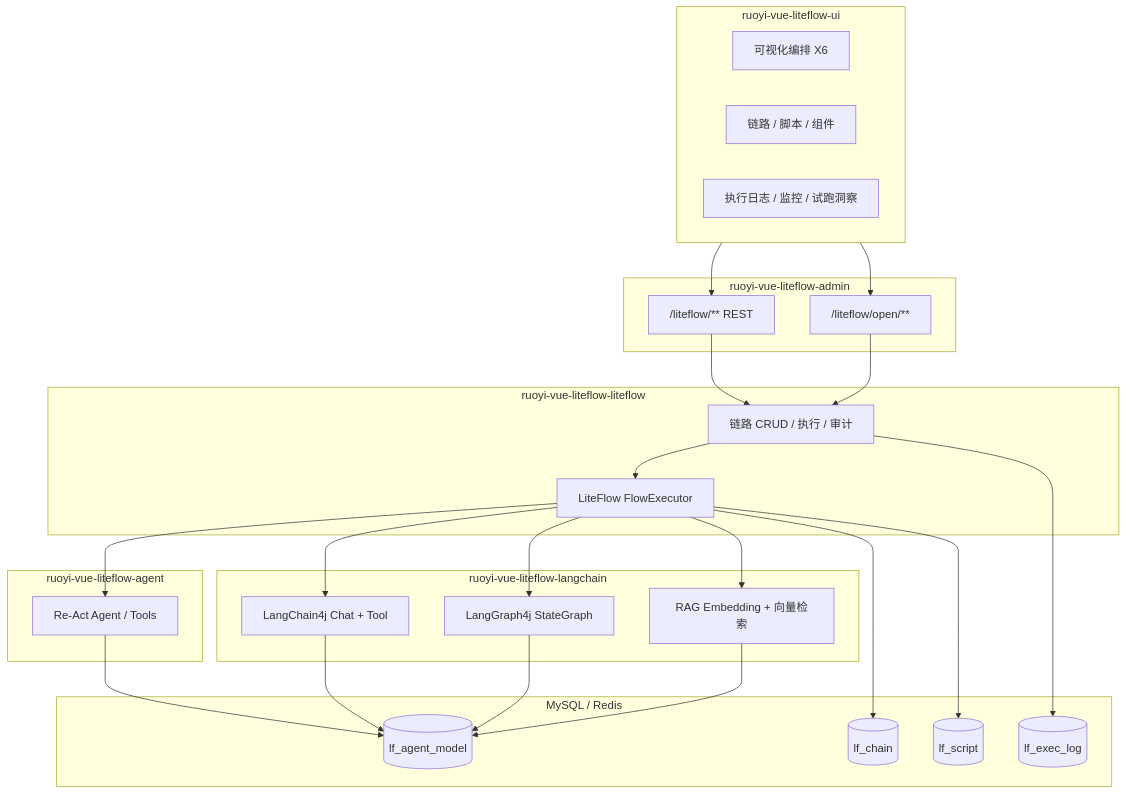
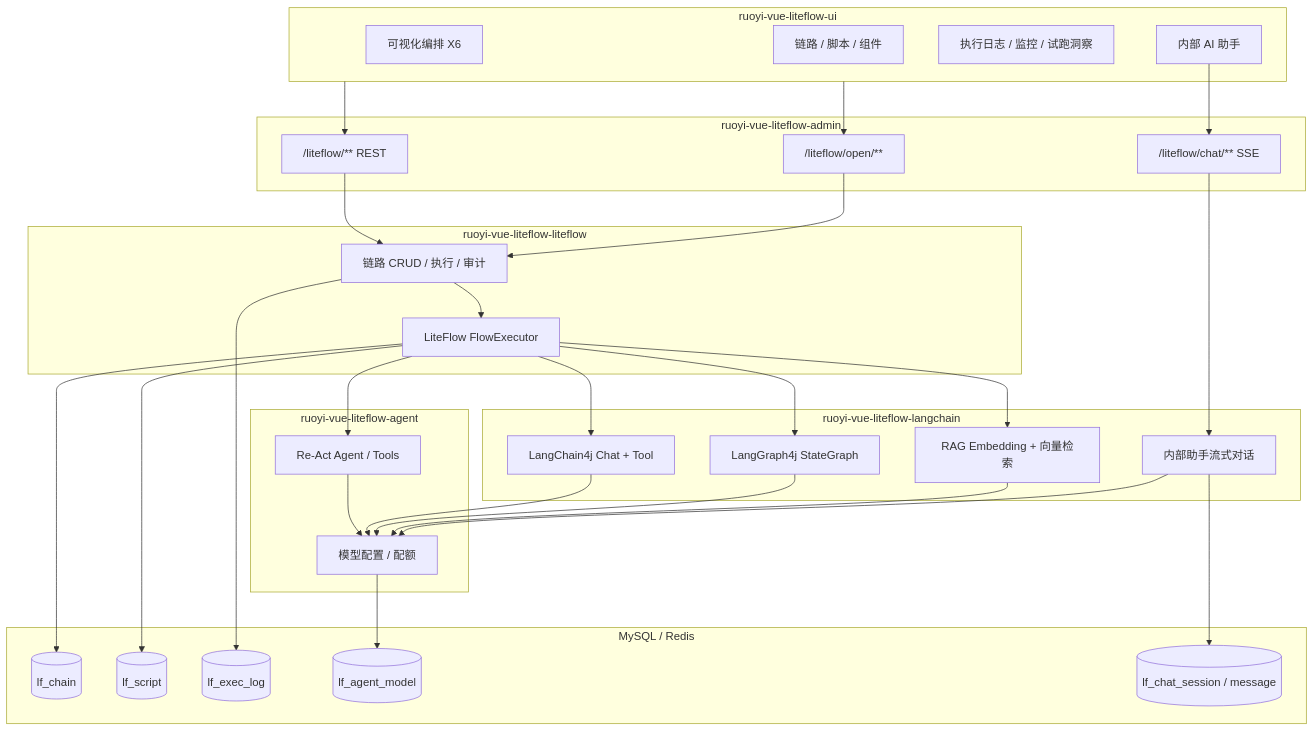
The diagram in README.md (zhbdream/RuoYi-Vue-LiteFlow), drawn with Mermaid before and after one commit. The commit also changed other lines of this file and 26 other files, not shown here.

````diff
--- a/README.md
+++ b/README.md
@@ -105,52 +125,62 @@
 ```mermaid
 flowchart TB
   subgraph UI["ruoyi-vue-liteflow-ui"]
     Editor[可视化编排 X6]
     Chain[链路 / 脚本 / 组件]
     Log[执行日志 / 监控 / 试跑洞察]
+    AiChat[内部 AI 助手]
   end
 
   subgraph Admin["ruoyi-vue-liteflow-admin"]
     API["/liteflow/** REST"]
     OpenAPI["/liteflow/open/**"]
+    ChatAPI["/liteflow/chat/** SSE"]
   end
 
   subgraph Core["ruoyi-vue-liteflow-liteflow"]
     Svc[链路 CRUD / 执行 / 审计]
     LF[LiteFlow FlowExecutor]
   end
 
   subgraph Agent["ruoyi-vue-liteflow-agent"]
     ReAct[Re-Act Agent / Tools]
+    ModelCfg[模型配置 / 配额]
   end
 
   subgraph Lc["ruoyi-vue-liteflow-langchain"]
     Chat[LangChain4j Chat + Tool]
     Graph[LangGraph4j StateGraph]
     Rag[RAG Embedding + 向量检索]
+    Assist[内部助手流式对话]
   end
 
   subgraph Store["MySQL / Redis"]
     ChainTbl[(lf_chain)]
     ScriptTbl[(lf_script)]
     LogTbl[(lf_exec_log)]
     ModelTbl[(lf_agent_model)]
+    ChatTbl[(lf_chat_session / message)]
   end
 
   UI --> API
   UI --> OpenAPI
+  AiChat --> ChatAPI
   API --> Svc
   OpenAPI --> Svc
+  ChatAPI --> Assist
   Svc --> LF
   LF --> ReAct
   LF --> Chat
   LF --> Graph
   LF --> Rag
   LF --> ChainTbl
   LF --> ScriptTbl
   Svc --> LogTbl
-  ReAct --> ModelTbl
-  Chat --> ModelTbl
-  Graph --> ModelTbl
-  Rag --> ModelTbl
+  ReAct --> ModelCfg
+  Chat --> ModelCfg
+  Graph --> ModelCfg
+  Rag --> ModelCfg
+  Assist --> ModelCfg
+  ModelCfg --> ModelTbl
+  Assist --> ChatTbl
 ```
````
